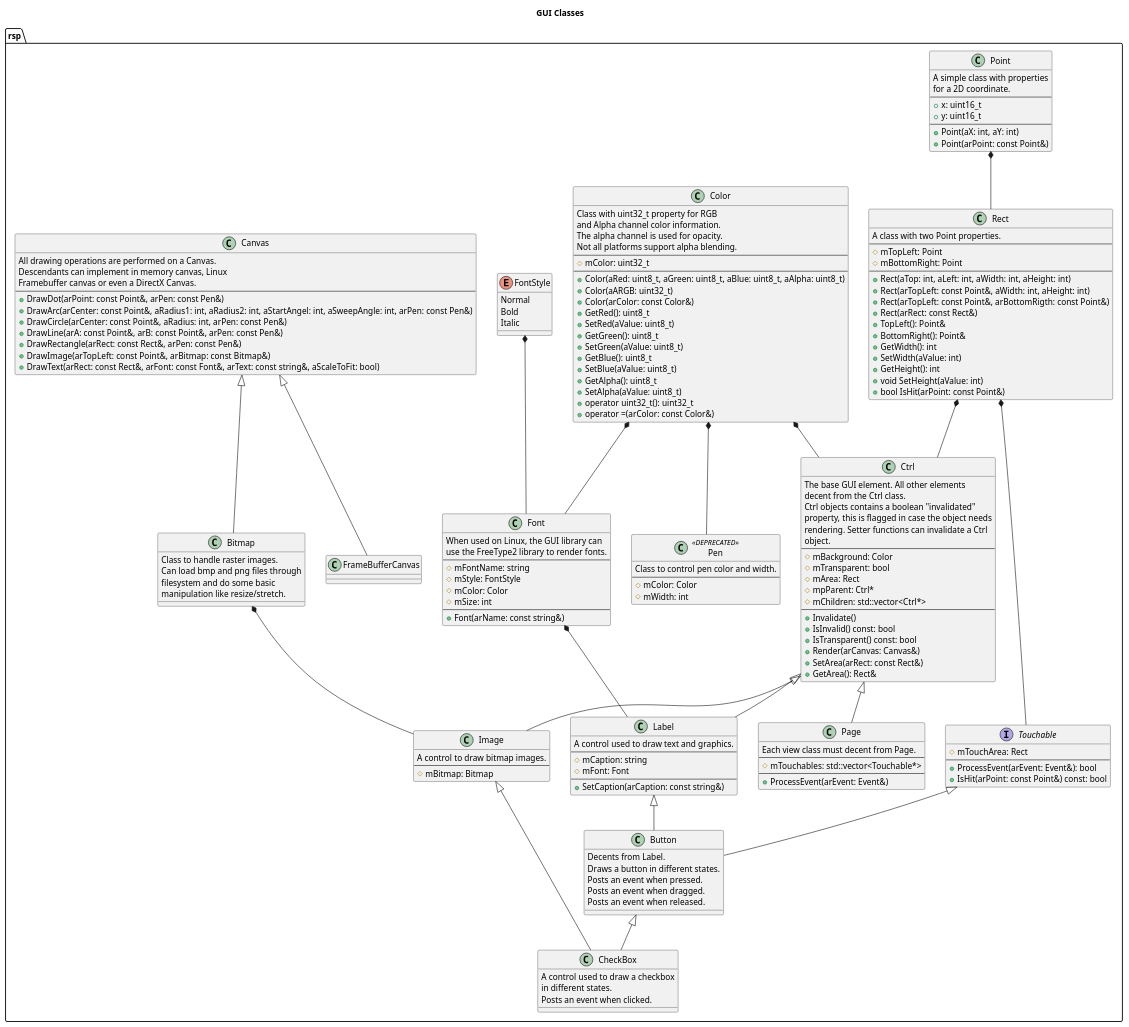
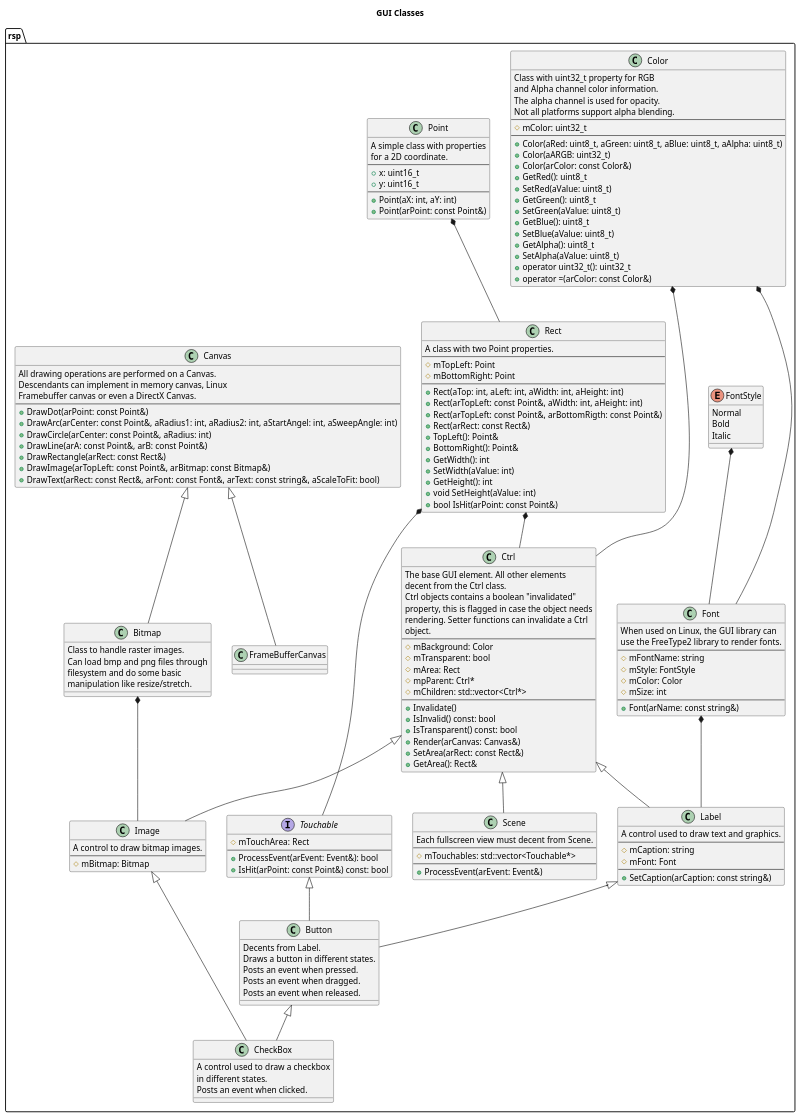
Before and after one commit to rsps/rsp-core-library: the diagram in docs/uml/GUI Classes.puml, drawn with PlantUML. The commit also changed 1 other file, not shown here.

Commit message:
Removed Pen class from architecture

```diff
--- a/docs/uml/GUI Classes.puml
+++ b/docs/uml/GUI Classes.puml
@@ -1,194 +1,186 @@
 @startuml
 
 title GUI Classes
 
 namespace rsp {
 
 class Point {
     A simple class with properties\nfor a 2D coordinate.
 --
     +x: uint16_t
     +y: uint16_t
 --
     +Point(aX: int, aY: int)
     +Point(arPoint: const Point&)
 }
 
 class Rect {
     A class with two Point properties.
 --
     #mTopLeft: Point
     #mBottomRight: Point
 --
     +Rect(aTop: int, aLeft: int, aWidth: int, aHeight: int)
     +Rect(arTopLeft: const Point&, aWidth: int, aHeight: int)
     +Rect(arTopLeft: const Point&, arBottomRigth: const Point&)
     +Rect(arRect: const Rect&)
     +TopLeft(): Point&
     +BottomRight(): Point&
     +GetWidth(): int
     +SetWidth(aValue: int)
     +GetHeight(): int
     +void SetHeight(aValue: int)
     +bool IsHit(arPoint: const Point&)
 }
 Point *-- Rect
 
 class Color {
     Class with uint32_t property for RGB
     and Alpha channel color information.
     The alpha channel is used for opacity.
     Not all platforms support alpha blending.
 --
     #mColor: uint32_t
 --
     +Color(aRed: uint8_t, aGreen: uint8_t, aBlue: uint8_t, aAlpha: uint8_t)
     +Color(aARGB: uint32_t)
     +Color(arColor: const Color&)
     +GetRed(): uint8_t
     +SetRed(aValue: uint8_t)
     +GetGreen(): uint8_t
     +SetGreen(aValue: uint8_t)
     +GetBlue(): uint8_t
     +SetBlue(aValue: uint8_t)
     +GetAlpha(): uint8_t
     +SetAlpha(aValue: uint8_t)
     +operator uint32_t(): uint32_t
     +operator =(arColor: const Color&)
 }
 
 enum FontStyle {
     Normal
     Bold
     Italic
 }
 
 class Font {
     When used on Linux, the GUI library can
     use the FreeType2 library to render fonts.
 --
     #mFontName: string
     #mStyle: FontStyle
     #mColor: Color
     #mSize: int
 --
     +Font(arName: const string&)
 }
 FontStyle *-- Font
-Color *-- Font
-
-class Pen <<DEPRECATED>> {
-    Class to control pen color and width.
---
-    #mColor: Color
-    #mWidth: int
-}
-Color *-- Pen
+Color *--- Font
 
 class Bitmap {
     Class to handle raster images.
     Can load bmp and png files through
     filesystem and do some basic
     manipulation like resize/stretch.
 }
 
 class Canvas {
     All drawing operations are performed on a Canvas.
     Descendants can implement in memory canvas, Linux
     Framebuffer canvas or even a DirectX Canvas.
 --
-    +DrawDot(arPoint: const Point&, arPen: const Pen&)
-    +DrawArc(arCenter: const Point&, aRadius1: int, aRadius2: int, aStartAngel: int, aSweepAngle: int, arPen: const Pen&)
-    +DrawCircle(arCenter: const Point&, aRadius: int, arPen: const Pen&)
-    +DrawLine(arA: const Point&, arB: const Point&, arPen: const Pen&)
-    +DrawRectangle(arRect: const Rect&, arPen: const Pen&)
+    +DrawDot(arPoint: const Point&)
+    +DrawArc(arCenter: const Point&, aRadius1: int, aRadius2: int, aStartAngel: int, aSweepAngle: int)
+    +DrawCircle(arCenter: const Point&, aRadius: int)
+    +DrawLine(arA: const Point&, arB: const Point&)
+    +DrawRectangle(arRect: const Rect&)
     +DrawImage(arTopLeft: const Point&, arBitmap: const Bitmap&)
     +DrawText(arRect: const Rect&, arFont: const Font&, arText: const string&, aScaleToFit: bool)
 }
 Canvas <|-- Bitmap
 
 class FrameBufferCanvas {
 }
 Canvas <|-- FrameBufferCanvas
 
 interface Touchable {
     #mTouchArea: Rect
 --
     +ProcessEvent(arEvent: Event&): bool
     +IsHit(arPoint: const Point&) const: bool
 }
 Rect *-- Touchable
 
 class Ctrl {
     The base GUI element. All other elements
     decent from the Ctrl class.
     Ctrl objects contains a boolean "invalidated"
     property, this is flagged in case the object needs
     rendering. Setter functions can invalidate a Ctrl
     object.
 --
     #mBackground: Color
     #mTransparent: bool
     #mArea: Rect
     #mpParent: Ctrl*
     #mChildren: std::vector<Ctrl*>
 --
     +Invalidate()
     +IsInvalid() const: bool
     +IsTransparent() const: bool
     +Render(arCanvas: Canvas&)
     +SetArea(arRect: const Rect&)
     +GetArea(): Rect&
 }
 Color *-- Ctrl
 Rect *-- Ctrl
 
-class Page {
-    Each view class must decent from Page.
+class Scene {
+    Each fullscreen view must decent from Scene.
 --
     #mTouchables: std::vector<Touchable*>
 --
     +ProcessEvent(arEvent: Event&)
 }
-Ctrl <|-- Page 
+Ctrl <|-- Scene 
 
 class Image {
     A control to draw bitmap images.
 --
     #mBitmap: Bitmap
 }
 Ctrl <|-- Image
 Bitmap *-- Image
 
 class Label {
     A control used to draw text and graphics.
 --
     #mCaption: string
     #mFont: Font
 --
     +SetCaption(arCaption: const string&)
 }
 Ctrl <|-- Label
 Font *-- Label
 
 class Button {
     Decents from Label.
     Draws a button in different states.
     Posts an event when pressed.
     Posts an event when dragged.
     Posts an event when released.
 }
 Label <|-- Button
 Touchable <|-- Button
 
 class CheckBox {
     A control used to draw a checkbox
     in different states.
     Posts an event when clicked.
 }
 Button <|-- CheckBox
 Image <|-- CheckBox
 
 }
 
 @enduml
```
